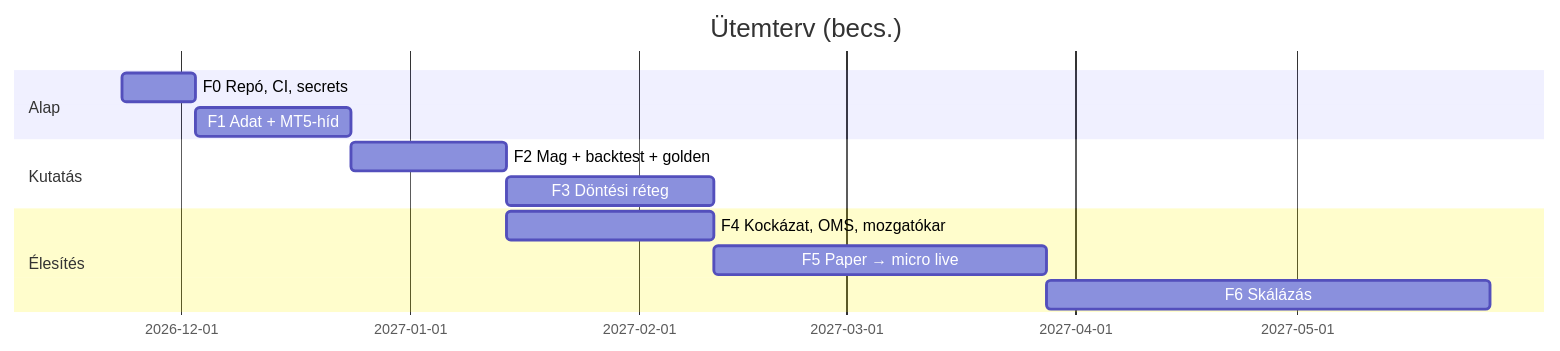
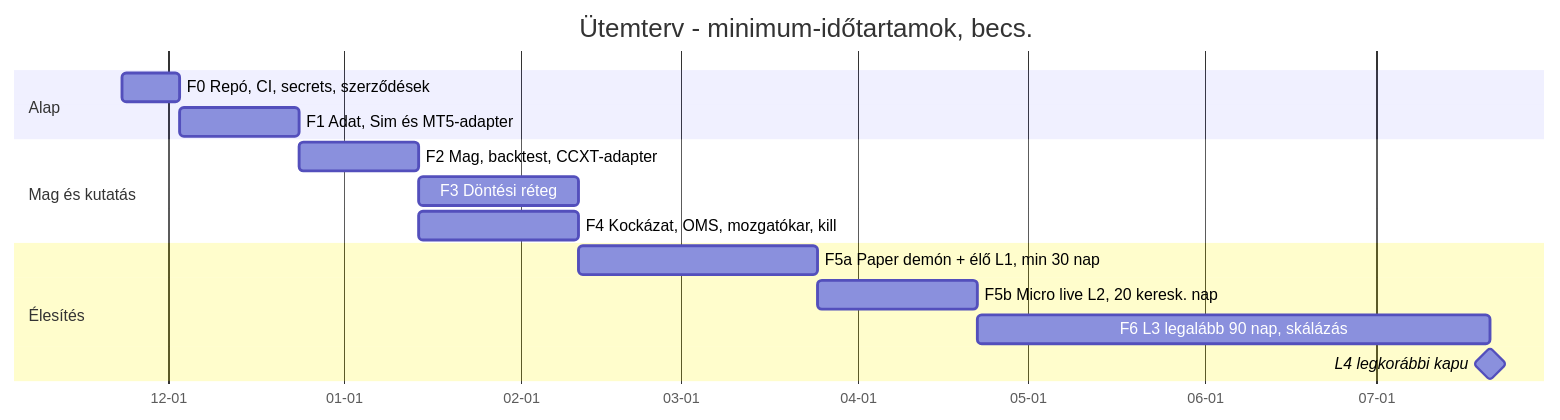
Before and after one commit to scspg/Personal: the tenth of 10 diagrams in algotrading-archivum/FEJLESZTOI-SPEC.md, drawn with Mermaid. The commit also changed other lines of this file and 20 other files, not shown here.

First line of the commit message:
ALGOTRADING: fejlesztői specifikáció átírva (brókerfüggetlen szerződések, OMS, döntési réteg, kockázati kapuk, ADR-ek, futtatható átvételi feltételek)

````diff
--- a/algotrading-archivum/FEJLESZTOI-SPEC.md
+++ b/algotrading-archivum/FEJLESZTOI-SPEC.md
@@ -689,15 +1817,18 @@
 ```mermaid
 gantt
-  title Ütemterv (becs.)
+  title Ütemterv - minimum-időtartamok, becs.
   dateFormat YYYY-MM-DD
+  axisFormat %m-%d
   section Alap
-  F0 Repó, CI, secrets      :f0, 2026-11-23, 10d
-  F1 Adat + MT5-híd         :f1, after f0, 21d
-  section Kutatás
-  F2 Mag + backtest + golden :f2, after f1, 21d
-  F3 Döntési réteg           :f3, after f2, 28d
+  F0 Repó, CI, secrets, szerződések     :f0, 2026-11-23, 10d
+  F1 Adat, Sim és MT5-adapter          :f1, after f0, 21d
+  section Mag és kutatás
+  F2 Mag, backtest, CCXT-adapter       :f2, after f1, 21d
+  F3 Döntési réteg                     :f3, after f2, 28d
+  F4 Kockázat, OMS, mozgatókar, kill   :f4, after f2, 28d
   section Élesítés
-  F4 Kockázat, OMS, mozgatókar :f4, after f2, 28d
-  F5 Paper → micro live      :f5, after f4, 45d
-  F6 Skálázás                :f6, after f5, 60d
+  F5a Paper demón + élő L1, min 30 nap :f5a, after f3 f4, 42d
+  F5b Micro live L2, 20 keresk. nap    :f5b, after f5a, 28d
+  F6 L3 legalább 90 nap, skálázás      :f6, after f5b, 90d
+  L4 legkorábbi kapu                   :milestone, m4, after f6, 0d
 ```
````
